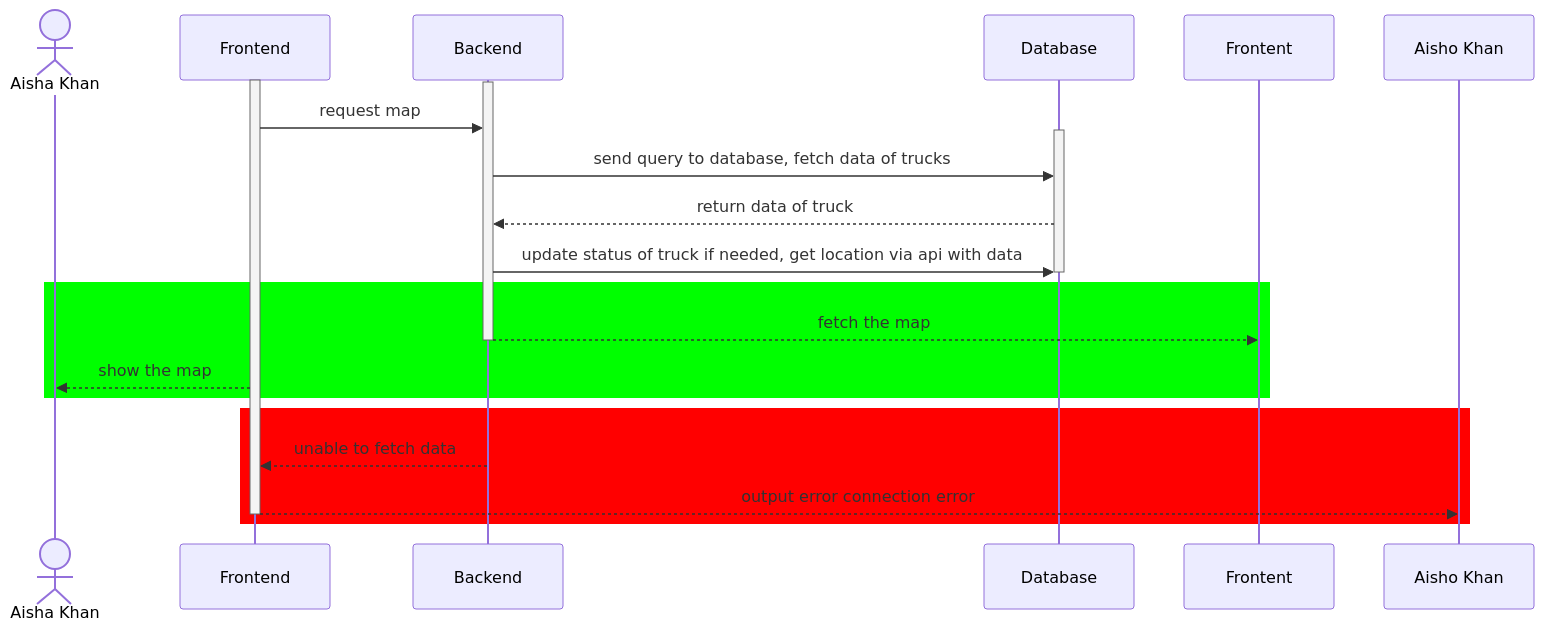
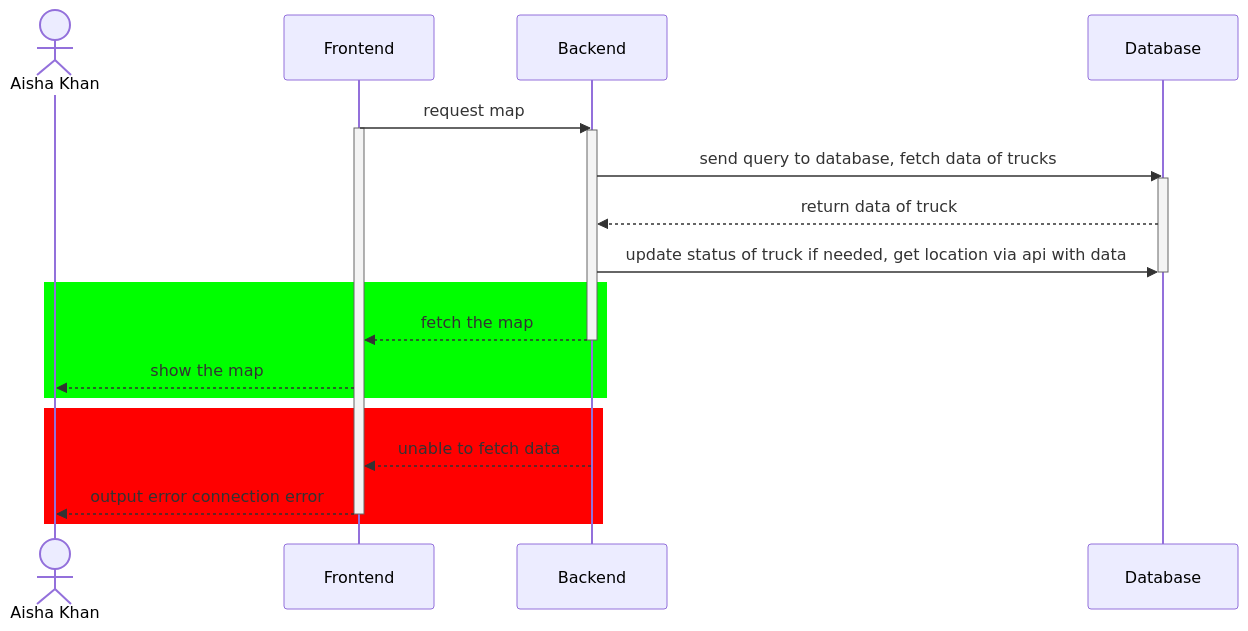
The diagram in ProjectPlanning/sequence_diagram.md (AyrtonHCook/LaunchPadProject2026Group42), drawn with Mermaid before and after one commit. The commit also changed other lines of this file, not shown here.

First line of the commit message:
Update sequence_diagram.md

````diff
--- a/ProjectPlanning/sequence_diagram.md
+++ b/ProjectPlanning/sequence_diagram.md
@@ -2,28 +2,29 @@
 ``` mermaid
 sequenceDiagram
   actor Aisha Khan
   Participant Frontend
   Participant Backend
   Participant Database
 
+  
+  Frontend ->> Backend: request map
   activate Frontend
   activate Backend
-  Frontend ->> Backend: request map
+  Backend ->> Database: send query to database, fetch data of trucks
   activate Database
-  Backend ->> Database: send query to database, fetch data of trucks
   Database -->> Backend: return data of truck
   Backend ->> Database: update status of truck if needed, get location via api with data
   deactivate Database
 
   rect rgb(0,255,0)
-  Backend -->> Frontent: fetch the map
+  Backend -->> Frontend: fetch the map
   deactivate Backend
   Frontend -->> Aisha Khan: show the map
   end
 
   rect rgb(255,0,0)
   Backend -->> Frontend: unable to fetch data
-  Frontend -->> Aisho Khan: output error connection error
+  Frontend -->> Aisha Khan: output error connection error
   deactivate Frontend
   end
 ```
````
